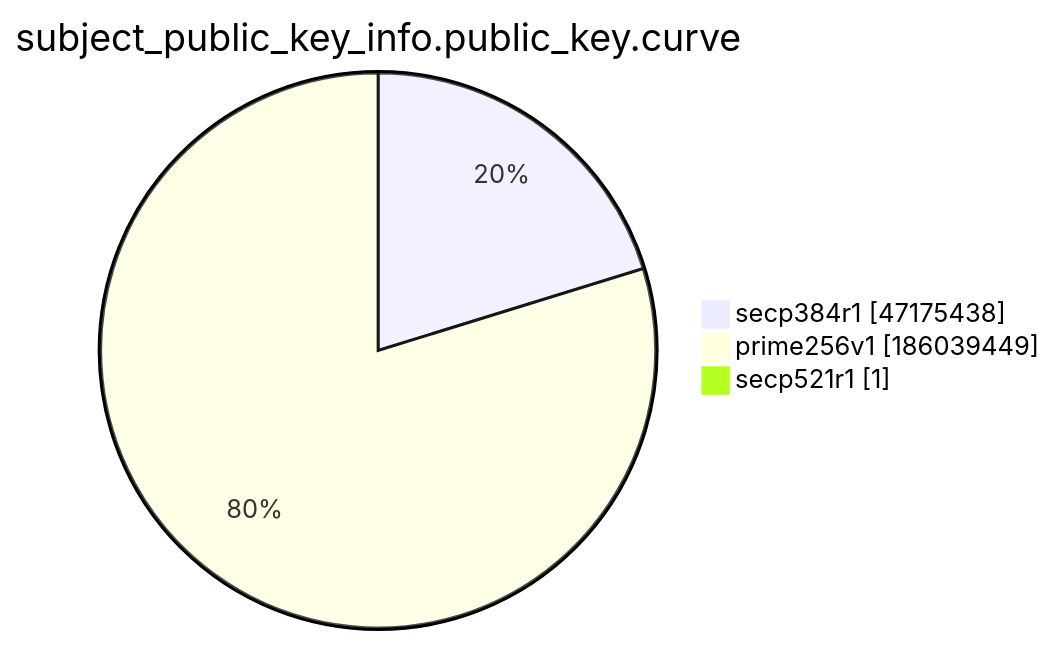
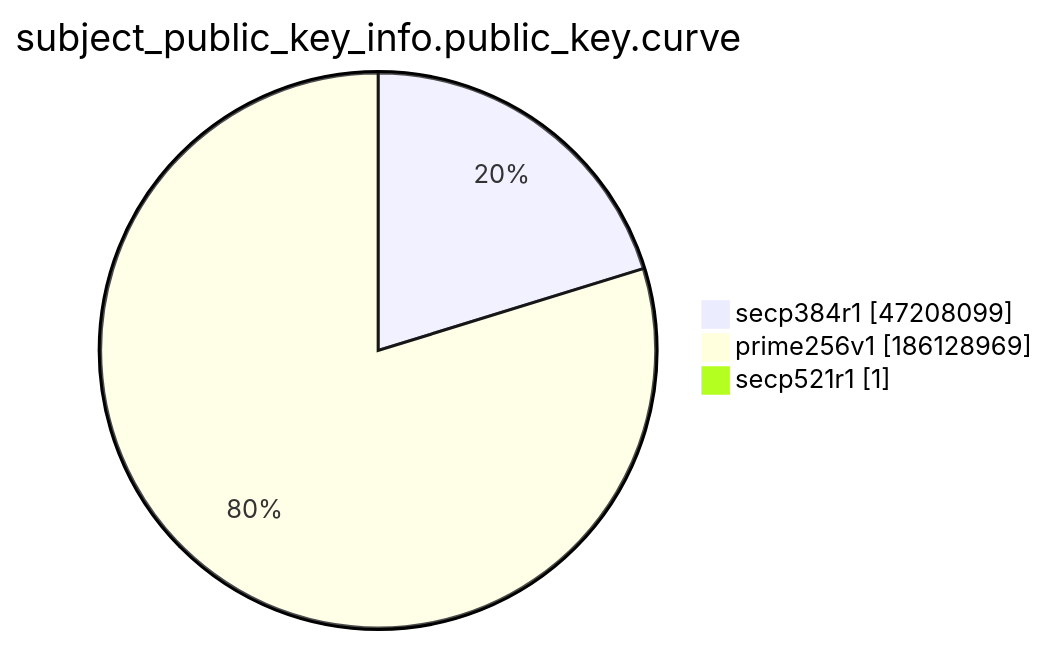
One commit to christiankrug/ctmonitor_visualization changed the ninth of 15 diagrams in xenon2022/README.md. Above: the diagram before and after it, drawn with Mermaid. The commit also changed other lines of this file, not shown here.

````diff
--- a/xenon2022/README.md
+++ b/xenon2022/README.md
@@ -2874,7 +2874,7 @@
 ```mermaid
 pie showData
 title subject_public_key_info.public_key.curve
-"secp384r1" :47175438
-"prime256v1" :186039449
+"secp384r1" :47208099
+"prime256v1" :186128969
 "secp521r1" :1
 ```
````
